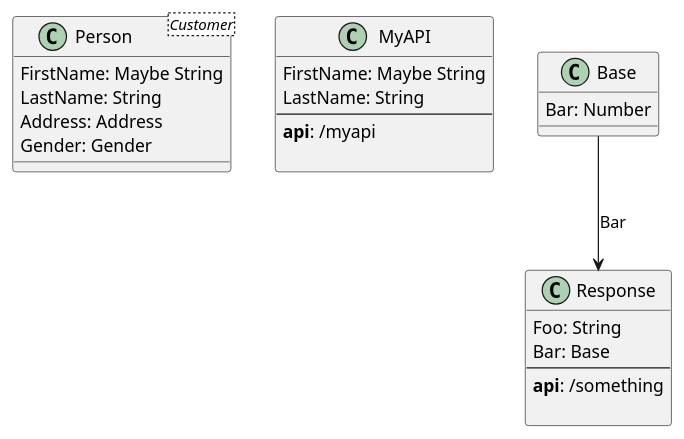
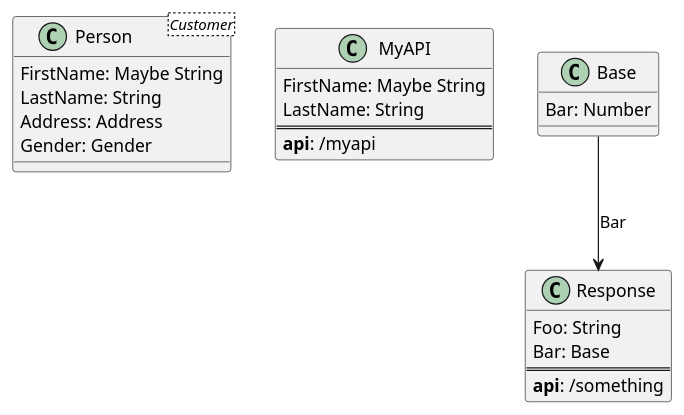
Before and after one commit to Baudin999/car-lang: the diagram in Examples/.out/v0.0.1/APIs.API/APIs.API.puml, drawn with PlantUML. The commit also changed 55 other files, not shown here.

Commit message:
Working on flows and maps

```diff
--- a/Examples/.out/v0.0.1/APIs.API/APIs.API.puml
+++ b/Examples/.out/v0.0.1/APIs.API/APIs.API.puml
@@ -1,24 +1,22 @@
 class "Person " as Person <Customer> {
 	FirstName: Maybe String
 	LastName: String 
 	Address: Address 
 	Gender: Gender 
 }
 class "MyAPI" as MyAPI  {
 	FirstName: Maybe String
 	LastName: String 
---
+===
   <b>api</b>: /myapi
-    
 }
 class "Base" as Base  {
 	Bar: Number 
 }
 class "Response" as Response  {
 	Foo: String 
 	Bar: Base 
---
+===
   <b>api</b>: /something
-    
 }
 Base --> Response : Bar
```
